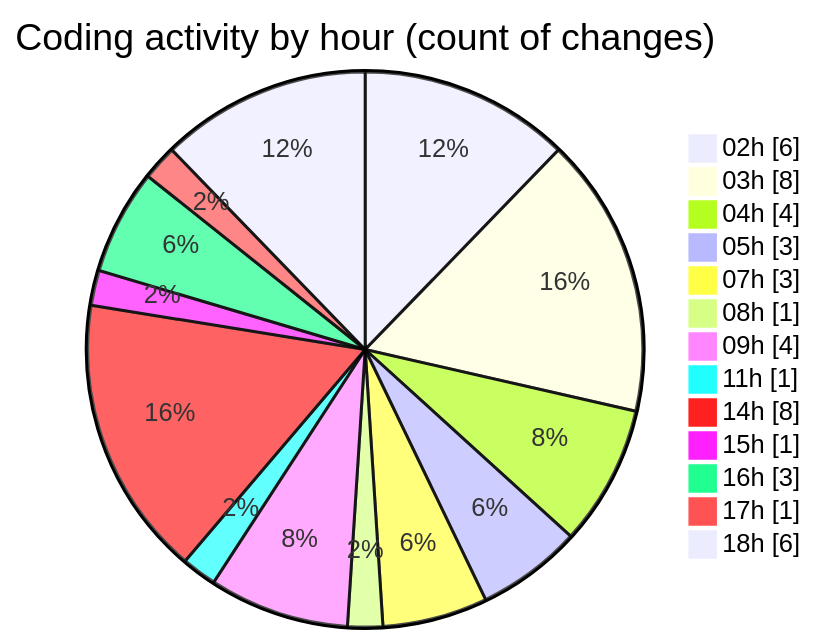
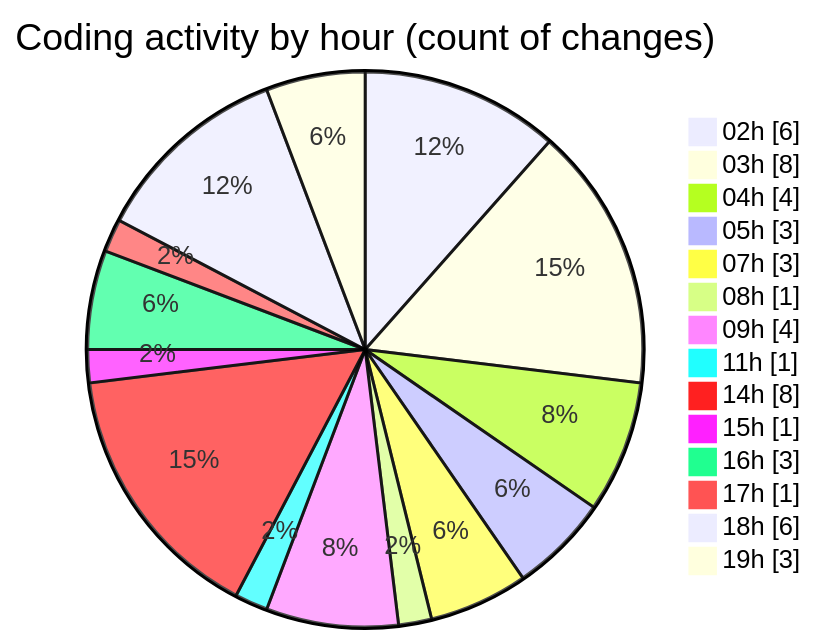
Before and after one commit to FelipKnott/code-tracking: the second of 2 diagrams in 2025-07-03/cursor/README.md, drawn with Mermaid. The commit also changed other lines of this file and 1 other file, not shown here.

````diff
--- a/2025-07-03/cursor/README.md
+++ b/2025-07-03/cursor/README.md
@@ -38,17 +39,18 @@
 ```mermaid
 pie showData
 title Coding activity by hour (count of changes)
 "02h" : 6
 "03h" : 8
 "04h" : 4
 "05h" : 3
 "07h" : 3
 "08h" : 1
 "09h" : 4
 "11h" : 1
 "14h" : 8
 "15h" : 1
 "16h" : 3
 "17h" : 1
 "18h" : 6
+"19h" : 3
 ```
````
